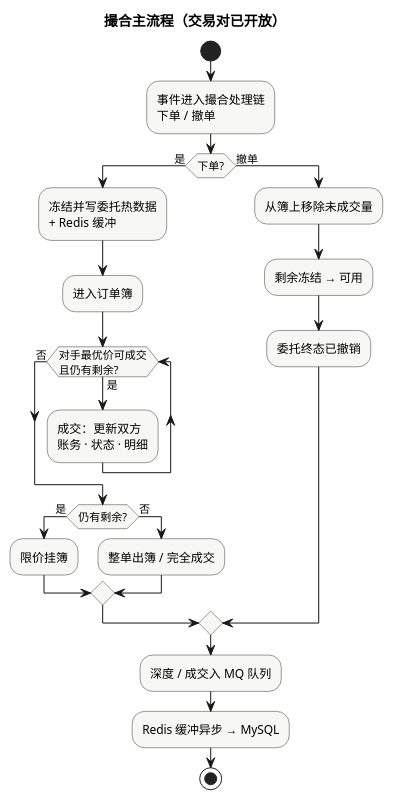
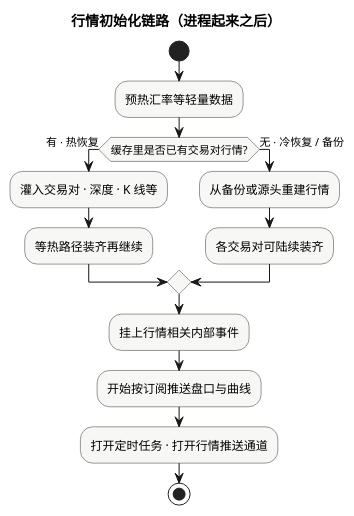
Before and after one commit to bridgehsu/tgex.net: the diagram in docs/07.现货手册/05.核心流程/design/0701-01.plantuml, drawn with PlantUML. The commit also changed 39 other files, not shown here.

First line of the commit message:
Rewrite place/cancel flows as sequence docs and reorder core flow pages.

```diff
--- a/docs/07.现货手册/05.核心流程/design/0701-01.plantuml
+++ b/docs/07.现货手册/05.核心流程/design/0701-01.plantuml
@@ -1,31 +1,24 @@
-@startuml 撮合主流程
+@startuml 行情初始化链路
 skinparam shadowing false
 skinparam ActivityBorderColor #333
 skinparam ActivityBackgroundColor #F7F7F5
 
-title 撮合主流程（交易对已开放）
+title 行情初始化链路（进程起来之后）
 
 start
-:事件进入撮合处理链\n下单 / 撤单;
+:预热汇率等轻量数据;
 
-if (下单?) then (是)
-  :冻结并写委托热数据\n+ Redis 缓冲;
-  :进入订单簿;
-  while (对手最优价可成交\n且仍有剩余?) is (是)
-    :成交：更新双方\n账务 · 状态 · 明细;
-  endwhile (否)
-  if (仍有剩余?) then (是)
-    :限价挂簿;
-  else (否)
-    :整单出簿 / 完全成交;
-  endif
-else (撤单)
-  :从簿上移除未成交量;
-  :剩余冻结 → 可用;
-  :委托终态已撤销;
+if (缓存里是否已有交易对行情?) then (有 · 热恢复)
+  :灌入交易对 · 深度 · K 线等;
+  :等热路径装齐再继续;
+else (无 · 冷恢复 / 备份)
+  :从备份或源头重建行情;
+  :各交易对可陆续装齐;
 endif
 
-:深度 / 成交入 MQ 队列;
-:Redis 缓冲异步 → MySQL;
+:挂上行情相关内部事件;
+:开始按订阅推送盘口与曲线;
+:打开定时任务 · 打开行情推送通道;
+
 stop
 @enduml
```
